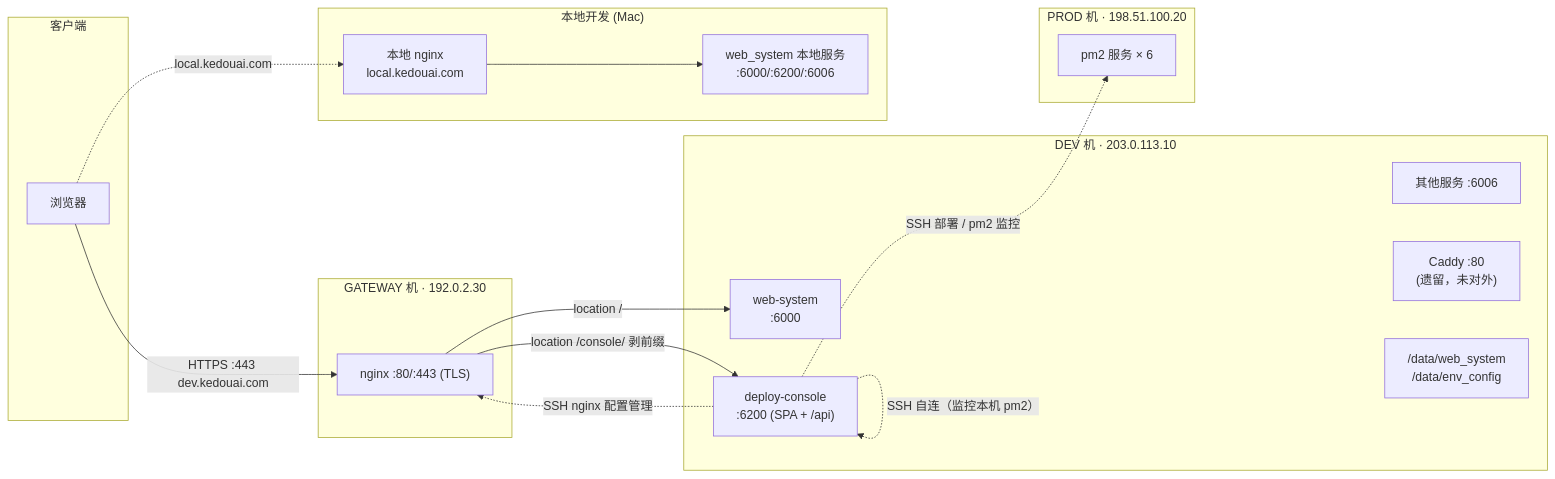
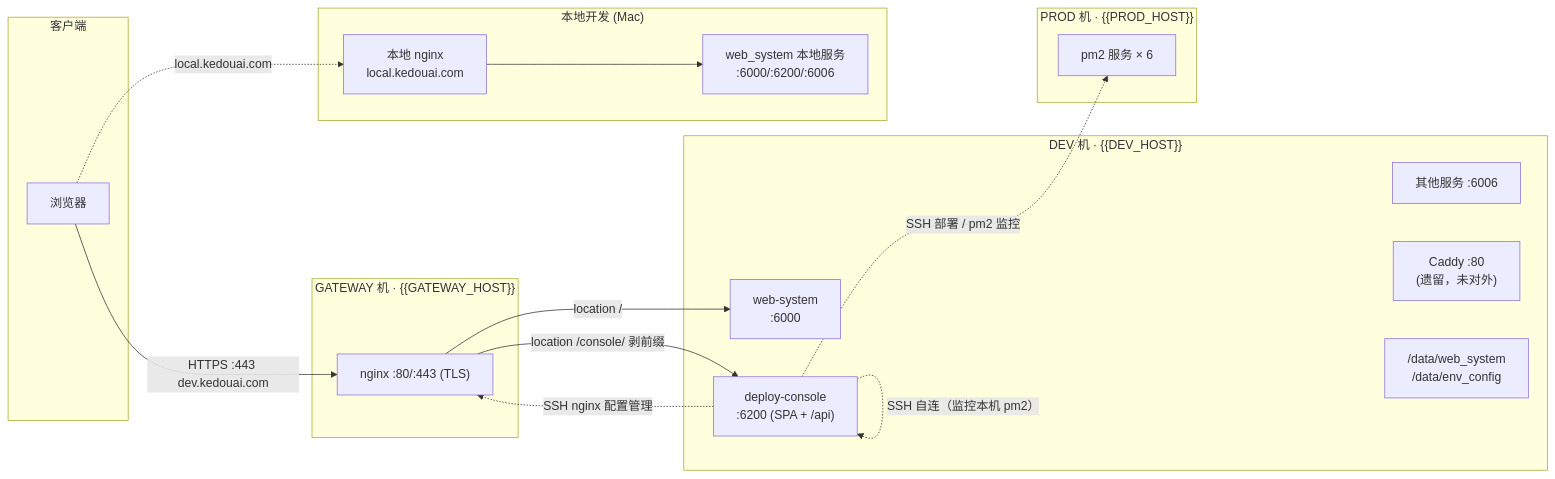
One commit to web5/web_system changed the diagram in docs/architecture/kedou-network-architecture.md. Above: the diagram before and after it, drawn with Mermaid. The commit also changed other lines of this file and 101 other files, not shown here.

````diff
--- a/docs/architecture/kedou-network-architecture.md
+++ b/docs/architecture/kedou-network-architecture.md
@@ -60,37 +60,37 @@
 ```mermaid
 flowchart LR
     subgraph client["客户端"]
         B["浏览器"]
     end
 
-    subgraph gw["GATEWAY 机 · 192.0.2.30"]
+    subgraph gw["GATEWAY 机 · {{GATEWAY_HOST}}"]
         NG["nginx :80/:443 (TLS)"]
     end
 
-    subgraph dev["DEV 机 · 203.0.113.10"]
+    subgraph dev["DEV 机 · {{DEV_HOST}}"]
         WS["web-system<br/>:6000"]
         DC["deploy-console<br/>:6200 (SPA + /api)"]
         O["其他服务 :6006"]
         CD["Caddy :80<br/>(遗留，未对外)"]
         DATA["/data/web_system<br/>/data/env_config"]
     end
 
-    subgraph prod["PROD 机 · 198.51.100.20"]
+    subgraph prod["PROD 机 · {{PROD_HOST}}"]
         P["pm2 服务 × 6"]
     end
 
     subgraph local["本地开发 (Mac)"]
         LNG["本地 nginx<br/>local.kedouai.com"]
         LS["web_system 本地服务<br/>:6000/:6200/:6006"]
         LNG --> LS
     end
 
     B -- "HTTPS :443 dev.kedouai.com" --> NG
     NG -- "location /" --> WS
     NG -- "location /console/ 剥前缀" --> DC
     B -. "local.kedouai.com" .-> LNG
 
     DC -. "SSH 自连（监控本机 pm2）" .-> DC
     DC -. "SSH 部署 / pm2 监控" .-> P
     DC -. "SSH nginx 配置管理" .-> NG
 ```
````
